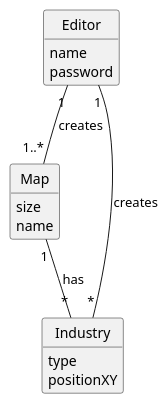
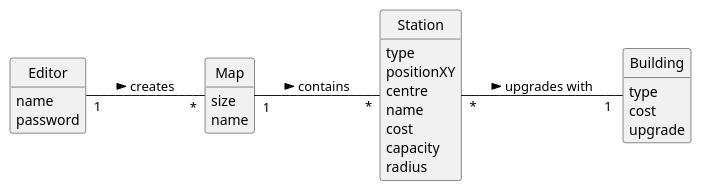
One commit to 1240935/pi2-railway-simulator changed the diagram in docsFinais/US006/02.analysis/puml/US006-DM.puml. Above: the diagram before and after it, drawn with PlantUML. The commit also changed 21 other files, not shown here.

```diff
--- a/docsFinais/US006/02.analysis/puml/US006-DM.puml
+++ b/docsFinais/US006/02.analysis/puml/US006-DM.puml
@@ -1,33 +1,42 @@
 @startuml
 skinparam monochrome true
 skinparam packageStyle rectangle
 skinparam shadowing false
-
+'skinparam linetype ortho
 'left to right direction
-
 skinparam classAttributeIconSize 0
-
 hide circle
 hide methods
 
+left to right direction
 
 class Editor {
     name
     password
 }
 
 class Map {
     size
     name
 }
 
-class Industry {
+class Station {
     type
     positionXY
+    centre
+    name
+    cost
+    capacity
+    radius
 }
 
+class Building {
+    type
+    cost
+    upgrade
+}
 
-Editor "1" -- "1..*" Map: creates
-Map "1" -- "*" Industry: has
-Editor "1" -- "*" Industry: creates
+Editor "1" -- "*" Map: creates >
+Map "1" -- "*" Station: contains >
+Station "*" -- "1 "Building:  upgrades with  >
 @enduml
```
